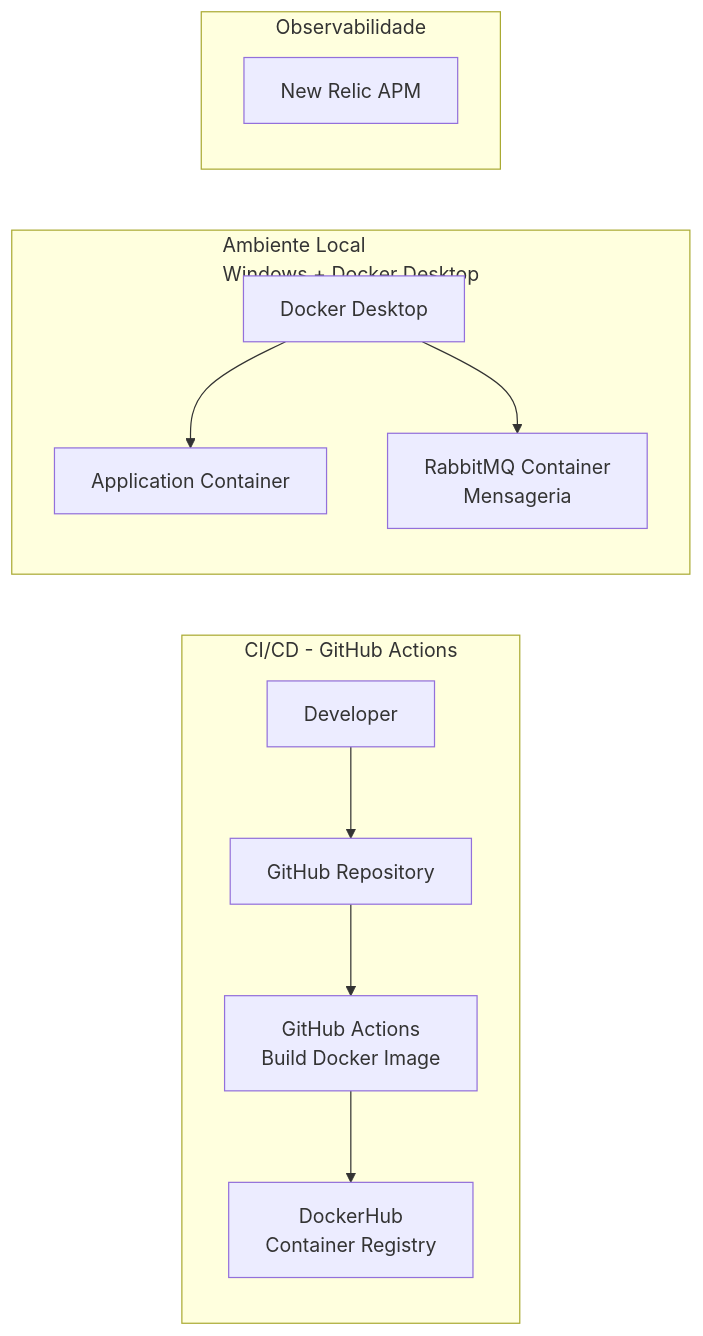
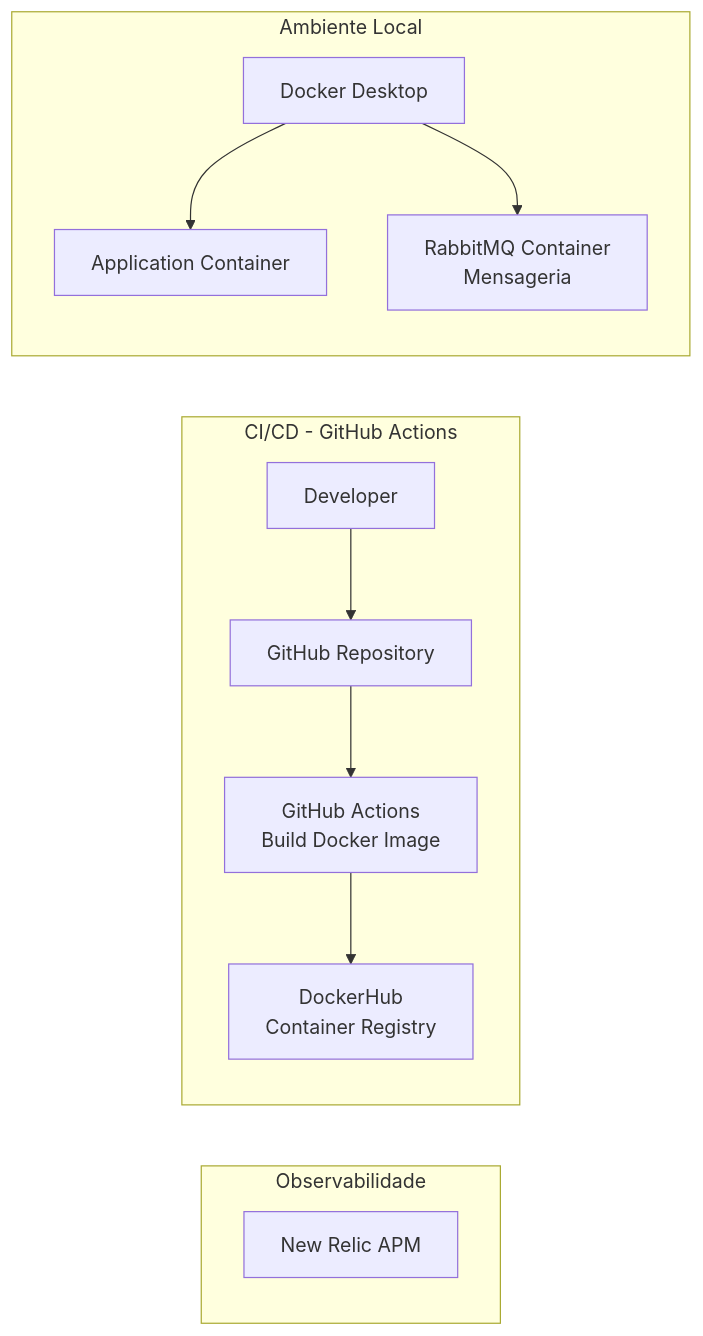
Before and after one commit to Gustavo00-dev/AgroCore: the second of 2 diagrams in README.md, drawn with Mermaid. The commit also changed other lines of this file, not shown here.

````diff
--- a/README.md
+++ b/README.md
@@ -34,48 +36,46 @@
 ```mermaid
 flowchart LR
 
+    %% ========================
+    %% APM
+    %% ========================
+    subgraph APM["Observabilidade"]
+        NR["New Relic APM"]
+    end
     %% ========================
     %% CI/CD
     %% ========================
     subgraph CICD["CI/CD - GitHub Actions"]
         DEV["Developer"]
         GH["GitHub Repository"]
         GA["GitHub Actions<br>Build Docker Image"]
         DH["DockerHub<br>Container Registry"]
 
         DEV --> GH
         GH --> GA
         GA --> DH
     end
 
 
     %% ========================
     %% AMBIENTE LOCAL
     %% ========================
-    subgraph LOCAL["Ambiente Local<br>Windows + Docker Desktop"]
+    subgraph LOCAL["Ambiente Local"]
 
         DD["Docker Desktop"]
 
         APP["Application Container"]
 
         MQ["RabbitMQ Container<br>Mensageria"]
 
         DD --> APP
         DD --> MQ
 
     end
 
 
     %% ========================
-    %% APM
-    %% ========================
-    subgraph APM["Observabilidade"]
-        NR["New Relic APM"]
-    end
-
-
-    %% ========================
     %% FLUXOS
     %% ==========
 
 ```
````
